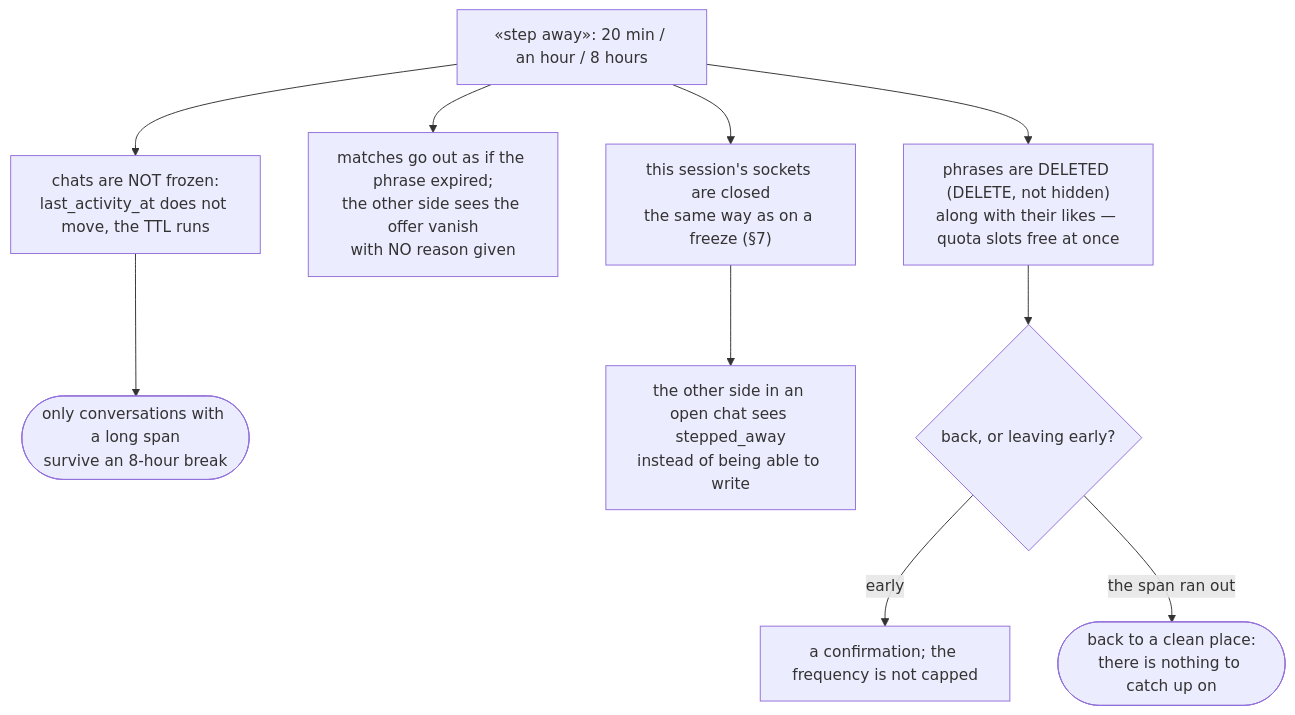
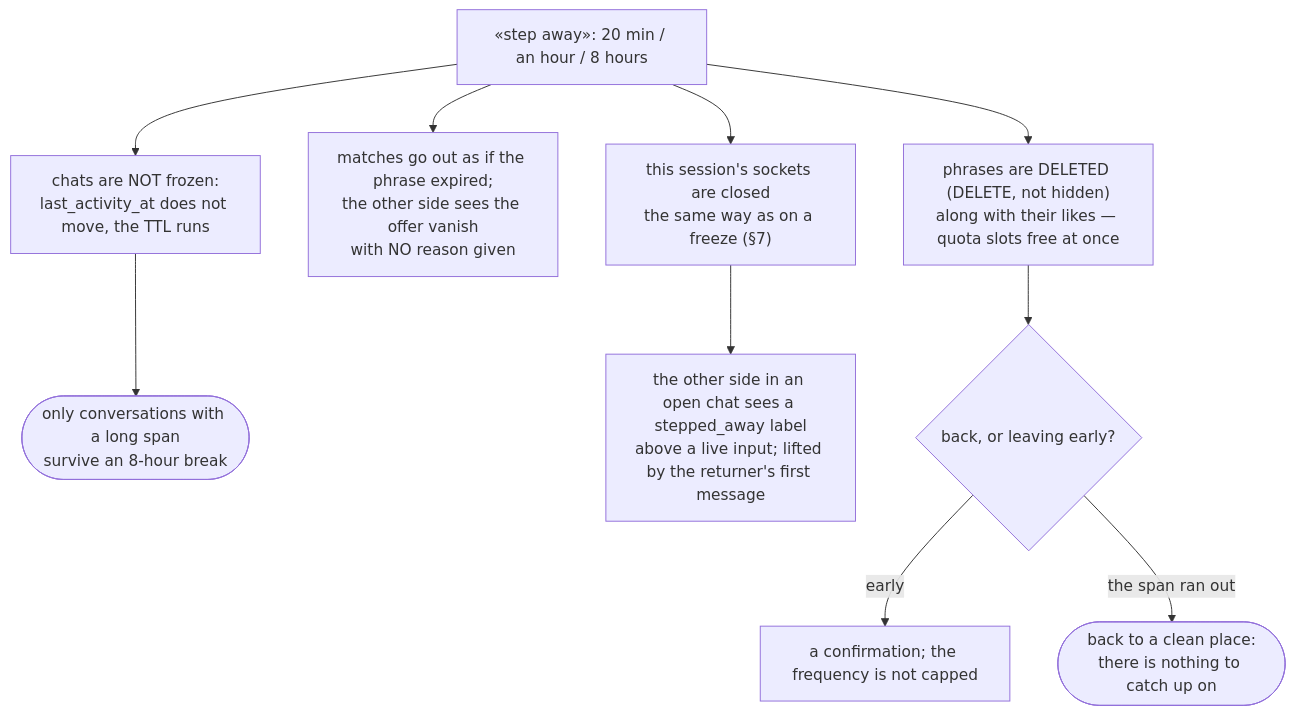
Before and after one commit to panov-id/xor.ad: diagram 30 of 30 in docs/chat-flows_EN.md, drawn with Mermaid. The commit also changed 13 other files, not shown here.

First line of the commit message:
Run depth without Docker's log driver, and lift the stepped-away label with the returner's first message instead of the span

````diff
--- a/docs/chat-flows_EN.md
+++ b/docs/chat-flows_EN.md
@@ -981,12 +981,12 @@
 ```mermaid
 flowchart TD
   away["«step away»: 20 min / an hour / 8 hours"] --> del["phrases are DELETED #40;DELETE, not hidden#41;<br/>along with their likes — quota slots free at once"]
   away --> match["matches go out as if the phrase expired;<br/>the other side sees the offer vanish<br/>with NO reason given"]
   away --> sock["this session's sockets are closed<br/>the same way as on a freeze #40;§7#41;"]
   away --> chats["chats are NOT frozen:<br/>last_activity_at does not move, the TTL runs"]
   chats --> price(["only conversations with a long span<br/>survive an 8-hour break"])
-  sock --> peer["the other side in an open chat sees stepped_away<br/>instead of being able to write"]
+  sock --> peer["the other side in an open chat sees a stepped_away label<br/>above a live input; lifted by the returner's first message"]
   del --> back{"back, or leaving early?"}
   back -- "early" --> confirm["a confirmation; the frequency is not capped"]
   back -- "the span ran out" --> clean(["back to a clean place:<br/>there is nothing to catch up on"])
 ```
````
